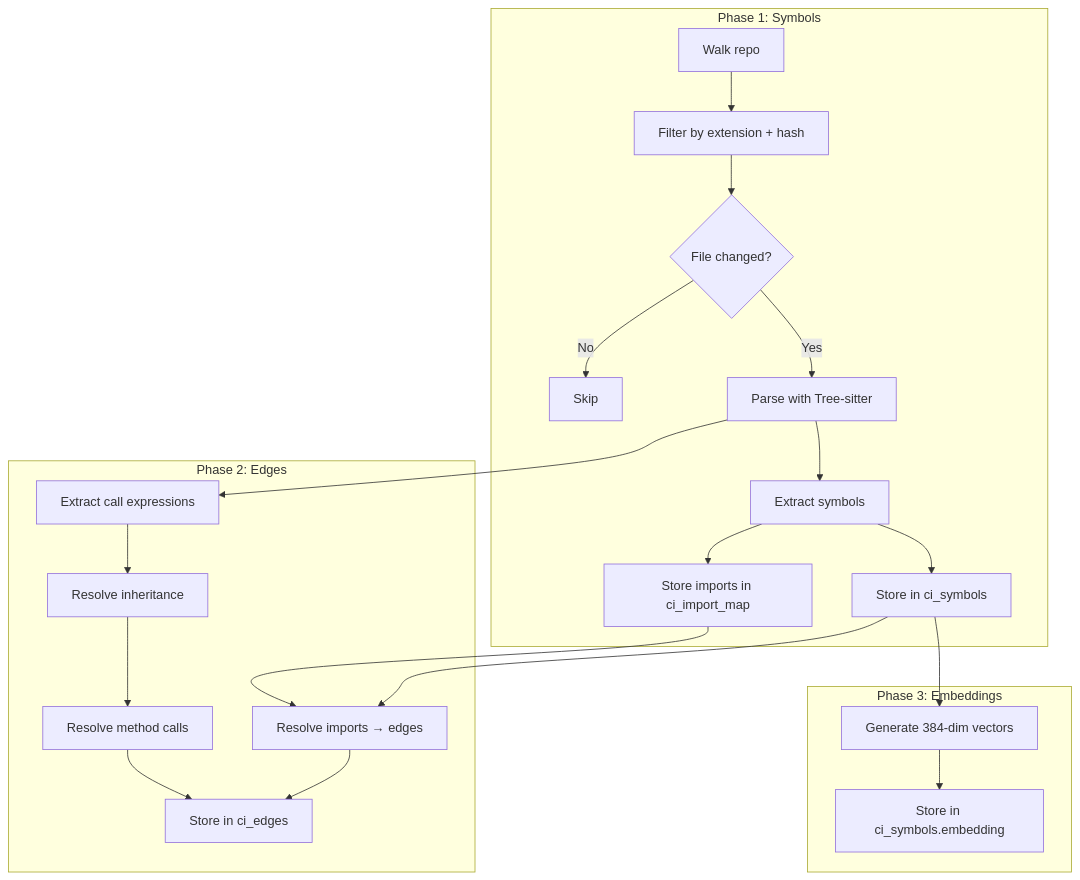
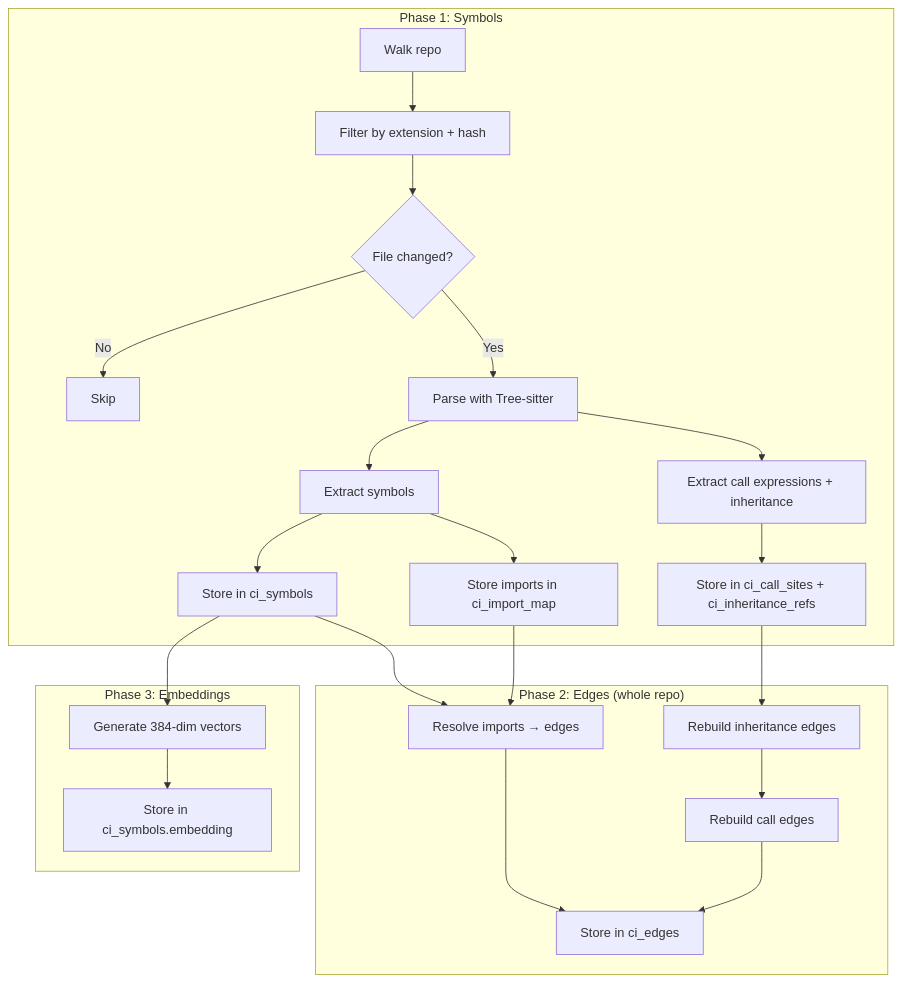
One commit to RuneLind/yggdrasil changed the second of 4 diagrams in README.md. Above: the diagram before and after it, drawn with Mermaid. The commit also changed other lines of this file and 14 other files, not shown here.

````diff
--- a/README.md
+++ b/README.md
@@ -45,27 +45,28 @@
 ```mermaid
 flowchart TD
     subgraph "Phase 1: Symbols"
         A[Walk repo] --> B[Filter by extension + hash]
         B --> C{File changed?}
         C -->|No| D[Skip]
         C -->|Yes| E[Parse with Tree-sitter]
         E --> F[Extract symbols]
         F --> G[Store in ci_symbols]
         F --> H[Store imports in ci_import_map]
+        E --> J[Extract call expressions + inheritance]
+        J --> P[Store in ci_call_sites + ci_inheritance_refs]
     end
 
-    subgraph "Phase 2: Edges"
+    subgraph "Phase 2: Edges (whole repo)"
         G --> I[Resolve imports → edges]
         H --> I
-        E --> J[Extract call expressions]
-        J --> K[Resolve inheritance]
-        K --> L[Resolve method calls]
+        P --> K[Rebuild inheritance edges]
+        K --> L[Rebuild call edges]
         I --> M[Store in ci_edges]
         L --> M
     end
 
     subgraph "Phase 3: Embeddings"
         G --> N[Generate 384-dim vectors]
         N --> O[Store in ci_symbols.embedding]
     end
 ```
````
